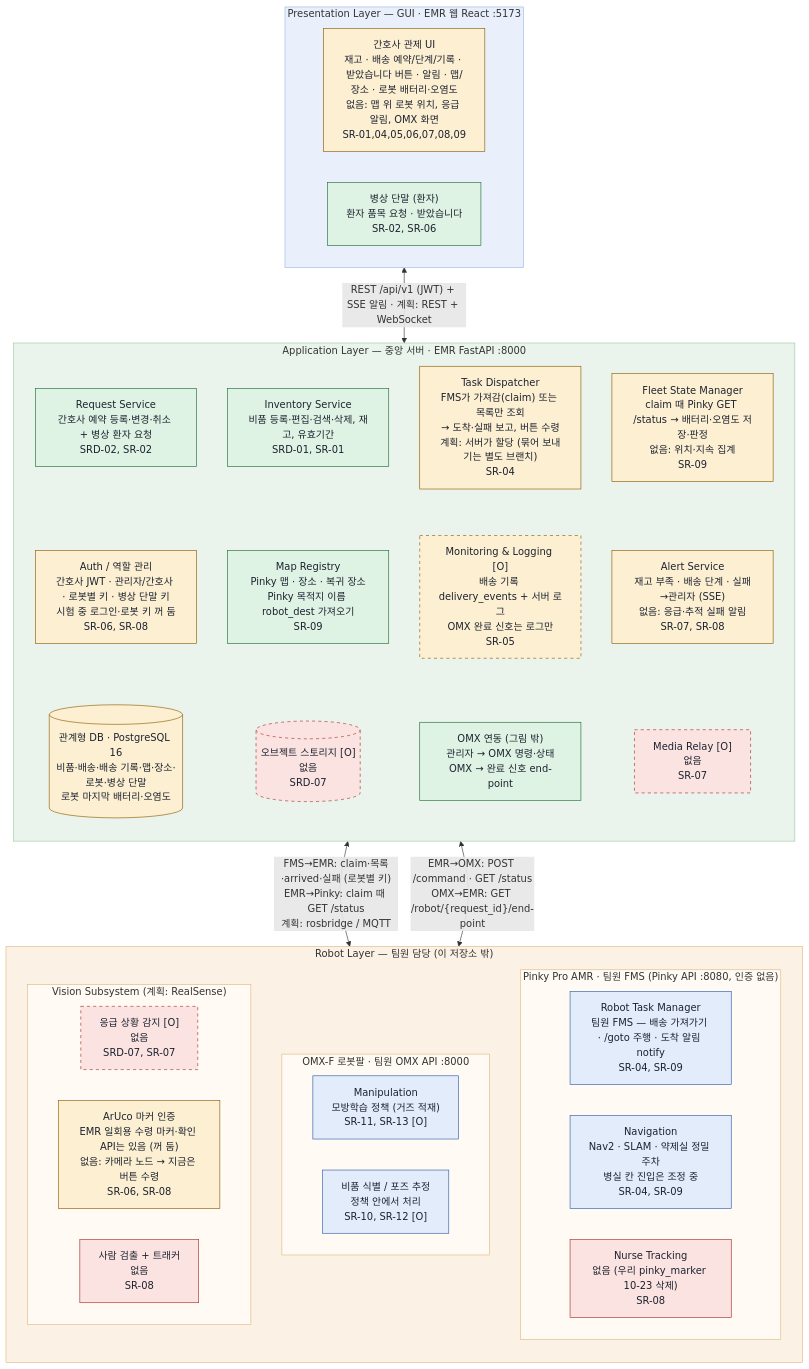
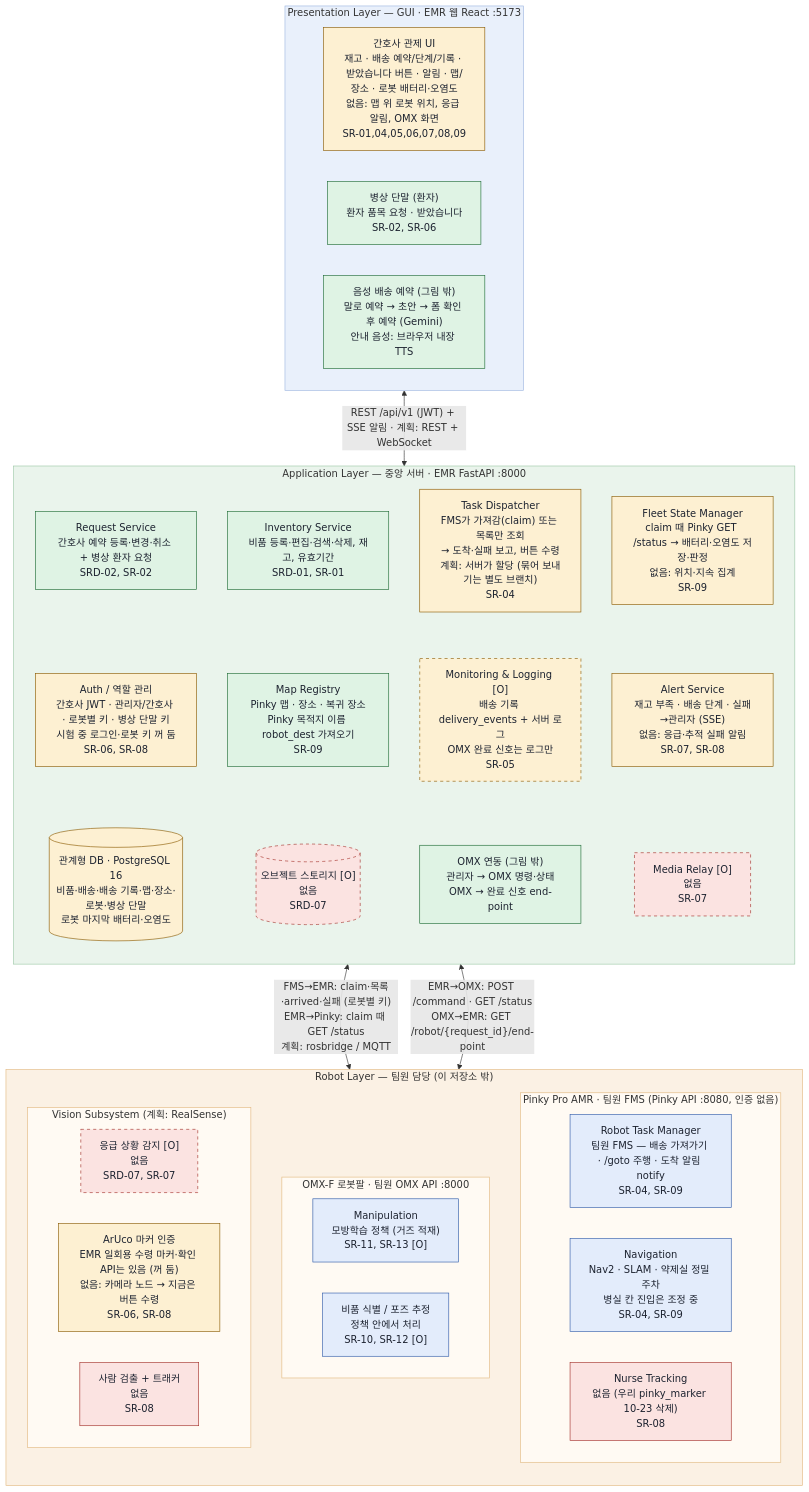
Before and after one commit to kernel-robot-9th/kernel-robot-repo-2: the diagram in docs/architecture/sw_3layer.mmd, drawn with Mermaid. The commit also changed 35 other files, not shown here.

```diff
--- a/docs/architecture/sw_3layer.mmd
+++ b/docs/architecture/sw_3layer.mmd
@@ -1,71 +1,72 @@
 flowchart TB
   %% 병원 배송 로봇 SW 3계층 구조 — 지금 구현 기준 (2026-10-26, calibration 브랜치)
   %% draw.io: Arrange > Insert > Advanced > Mermaid 에 붙여 넣기
   %% 색: 초록=구현 / 노랑=일부·다르게 / 빨강=없음 / 파랑=팀원 담당(이 저장소 밖), 점선 테두리=Priority O(옵션)
   %% 뺀 것: 비상 조작 콘솔, Safety Monitor
 
   subgraph P["Presentation Layer — GUI · EMR 웹 React :5173"]
     direction LR
     UI["간호사 관제 UI<br/>재고 · 배송 예약/단계/기록 · 받았습니다 버튼 · 알림 · 맵/장소 · 로봇 배터리·오염도<br/>없음: 맵 위 로봇 위치, 응급 알림, OMX 화면<br/>SR-01,04,05,06,07,08,09"]:::part
     BED["병상 단말 (환자)<br/>환자 품목 요청 · 받았습니다<br/>SR-02, SR-06"]:::ok
+    VOI["음성 배송 예약 (그림 밖)<br/>말로 예약 → 초안 → 폼 확인 후 예약 (Gemini)<br/>안내 음성: 브라우저 내장 TTS"]:::ok
   end
 
   subgraph A["Application Layer — 중앙 서버 · EMR FastAPI :8000"]
     direction TB
     REQ["Request Service<br/>간호사 예약 등록·변경·취소 + 병상 환자 요청<br/>SRD-02, SR-02"]:::ok
     INV["Inventory Service<br/>비품 등록·편집·검색·삭제, 재고, 유효기간<br/>SRD-01, SR-01"]:::ok
     DSP["Task Dispatcher<br/>FMS가 가져감(claim) 또는 목록만 조회<br/>→ 도착·실패 보고, 버튼 수령<br/>계획: 서버가 할당 (묶어 보내기는 별도 브랜치)<br/>SR-04"]:::part
     FLT["Fleet State Manager<br/>claim 때 Pinky GET /status → 배터리·오염도 저장·판정<br/>없음: 위치·지속 집계<br/>SR-09"]:::part
     ALT["Alert Service<br/>재고 부족 · 배송 단계 · 실패→관리자 (SSE)<br/>없음: 응급·추적 실패 알림<br/>SR-07, SR-08"]:::part
     AUTH["Auth / 역할 관리<br/>간호사 JWT · 관리자/간호사 · 로봇별 키 · 병상 단말 키<br/>시험 중 로그인·로봇 키 꺼 둠<br/>SR-06, SR-08"]:::part
     LOG["Monitoring & Logging [O]<br/>배송 기록 delivery_events + 서버 로그<br/>OMX 완료 신호는 로그만<br/>SR-05"]:::partopt
     MED["Media Relay [O]<br/>없음<br/>SR-07"]:::noneopt
     MAP["Map Registry<br/>Pinky 맵 · 장소 · 복귀 장소<br/>Pinky 목적지 이름 robot_dest 가져오기<br/>SR-09"]:::ok
     OMXC["OMX 연동 (그림 밖)<br/>관리자 → OMX 명령·상태<br/>OMX → 완료 신호 end-point"]:::ok
     DB[("관계형 DB · PostgreSQL 16<br/>비품·배송·배송 기록·맵·장소·로봇·병상 단말<br/>로봇 마지막 배터리·오염도")]:::part
     OBJ[("오브젝트 스토리지 [O]<br/>없음<br/>SRD-07")]:::noneopt
     %% 보이지 않는 연결로 4열 배치 (서비스 → 횡단 기능 → 저장소)
     REQ ~~~ AUTH ~~~ DB
     INV ~~~ MAP ~~~ OBJ
     DSP ~~~ LOG ~~~ OMXC
     FLT ~~~ ALT ~~~ MED
   end
 
   subgraph R["Robot Layer — 팀원 담당 (이 저장소 밖)"]
     direction TB
     subgraph RP["Pinky Pro AMR · 팀원 FMS (Pinky API :8080, 인증 없음)"]
       direction LR
       RTM["Robot Task Manager<br/>팀원 FMS — 배송 가져가기 · /goto 주행 · 도착 알림 notify<br/>SR-04, SR-09"]:::team
       NAV["Navigation<br/>Nav2 · SLAM · 약제실 정밀 주차<br/>병실 칸 진입은 조정 중<br/>SR-04, SR-09"]:::team
       TRK["Nurse Tracking<br/>없음 (우리 pinky_marker 10-23 삭제)<br/>SR-08"]:::none
     end
     subgraph RO["OMX-F 로봇팔 · 팀원 OMX API :8000"]
       direction LR
       MAN["Manipulation<br/>모방학습 정책 (거즈 적재)<br/>SR-11, SR-13 [O]"]:::team
       VID["비품 식별 / 포즈 추정<br/>정책 안에서 처리<br/>SR-10, SR-12 [O]"]:::team
     end
     subgraph V["Vision Subsystem (계획: RealSense)"]
       direction LR
       EMG["응급 상황 감지 [O]<br/>없음<br/>SRD-07, SR-07"]:::noneopt
       ARU["ArUco 마커 인증<br/>EMR 일회용 수령 마커·확인 API는 있음 (꺼 둠)<br/>없음: 카메라 노드 → 지금은 버튼 수령<br/>SR-06, SR-08"]:::part
       PER["사람 검출 + 트래커<br/>없음<br/>SR-08"]:::none
     end
   end
 
   P <-->|"REST /api/v1 (JWT) + SSE 알림 · 계획: REST + WebSocket"| A
   A <-->|"FMS→EMR: claim·목록·arrived·실패 (로봇별 키)<br/>EMR→Pinky: claim 때 GET /status<br/>계획: rosbridge / MQTT"| RP
   A <-->|"EMR→OMX: POST /command · GET /status<br/>OMX→EMR: GET /robot/{request_id}/end-point"| RO
 
   classDef ok fill:#dff3e4,stroke:#1d6b34,color:#1d2330
   classDef part fill:#fdf0d2,stroke:#8a5a00,color:#1d2330
   classDef none fill:#fbe3e1,stroke:#a3302a,color:#1d2330
   classDef team fill:#e3ecfb,stroke:#2f5aa8,color:#1d2330
   classDef partopt fill:#fdf0d2,stroke:#8a5a00,color:#1d2330,stroke-dasharray:5 5
   classDef noneopt fill:#fbe3e1,stroke:#a3302a,color:#1d2330,stroke-dasharray:5 5
 
   style P fill:#e9f0fb,stroke:#9db6e0
   style A fill:#eaf4ec,stroke:#9cc7a6
   style R fill:#fbf1e4,stroke:#e2b980
   style RP fill:#fffaf3,stroke:#e2b980
   style RO fill:#fffaf3,stroke:#e2b980
   style V fill:#fffaf3,stroke:#e2b980
```
